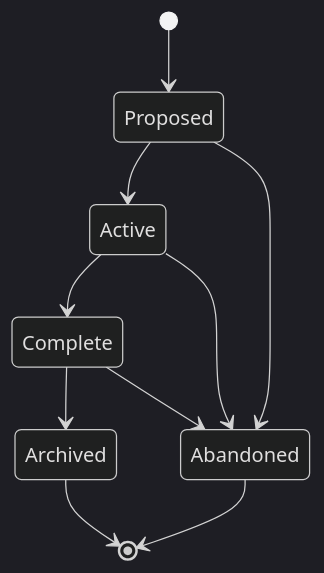
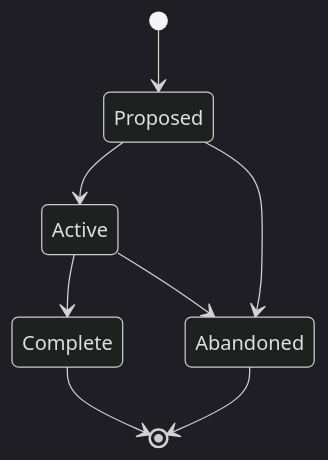
One commit to cristoslc/LLM-personal-agent-patterns changed the third of 8 diagrams in L3-agents-standalone/.agents/skills/spec-management/SKILL.md. Above: the diagram before and after it, drawn with Mermaid (dark theme). The commit also changed other lines of this file and 1 other file, not shown here.

Commit message:
fix: remove Archived from Epic lifecycle, make it end-of-life for Journey
Epic: Complete is now terminal — no redundant Archived phase after it.
Journey: Archived moves from forward sequence to end-of-life (like
Abandoned), for journeys that become irrelevant due to product changes.

````diff
--- a/L3-agents-standalone/.agents/skills/spec-management/SKILL.md
+++ b/L3-agents-standalone/.agents/skills/spec-management/SKILL.md
@@ -184,12 +185,10 @@
 ```mermaid
 stateDiagram-v2
     [*] --> Proposed
     Proposed --> Active
     Active --> Complete
-    Complete --> Archived
-    Archived --> [*]
+    Complete --> [*]
     Proposed --> Abandoned
     Active --> Abandoned
-    Complete --> Abandoned
     Abandoned --> [*]
 ```
````
